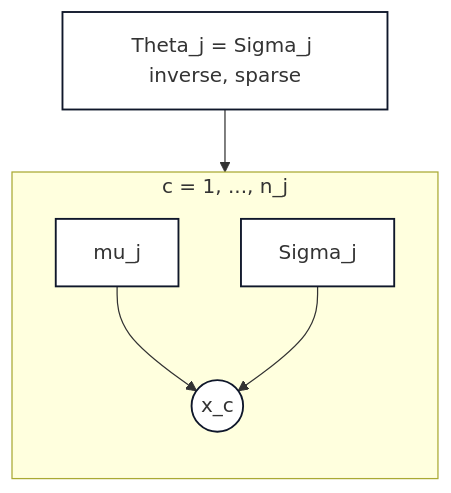
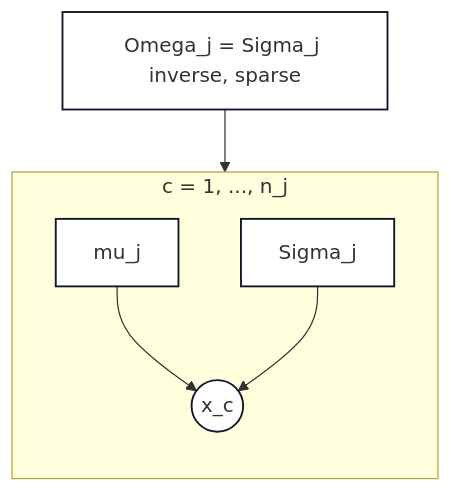
One commit to bastienchassagnol/DeCovarT_reproducibility changed the second of 5 diagrams in docs/02-grn-graphical-lasso.qmd. Above: the diagram before and after it, drawn with Mermaid. The commit also changed other lines of this file and 17 other files, not shown here.

Commit message:
Update bibliography and Quarto configuration: add new references relevant to graphical models and RNA-seq analysis, enhance Quarto book settings with improved navigation and pseudocode support, and clarify terminology throughout the documentation.

````diff
--- a/docs/02-grn-graphical-lasso.qmd
+++ b/docs/02-grn-graphical-lasso.qmd
@@ -169,17 +125,17 @@
 ```{mermaid}
 %%| echo: false
 %%| label: fig-huge-gen
 %%| fig-cap: "Graphical lasso generative model: independent Gaussian cells of one type, with a sparse precision."
 %%{init: {"theme": "sandstone", "flowchart": {"curve": "basis"}}}%%
 flowchart TB
   subgraph plateC["c = 1, ..., n_j"]
     direction TB
     mu["mu_j"] --> x(("x_c"))
     Sig["Sigma_j"] --> x
   end
-  Th["Theta_j = Sigma_j inverse, sparse"] --> Sig
+  Th["Omega_j = Sigma_j inverse, sparse"] --> Sig
   classDef param fill:#ffffff,stroke:#0f172a,stroke-width:1.5px
   classDef latent fill:#ffffff,stroke:#0f172a,stroke-width:1.5px
   class mu,Sig,Th param
   class x latent
 ```
````
